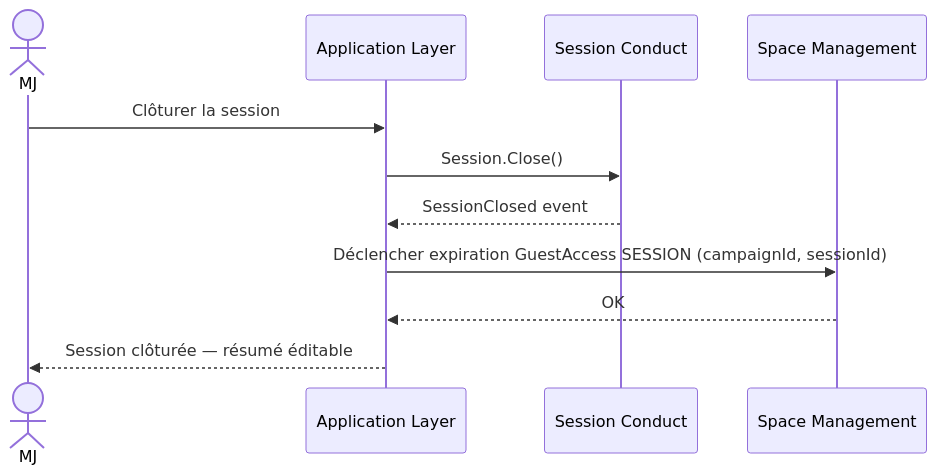
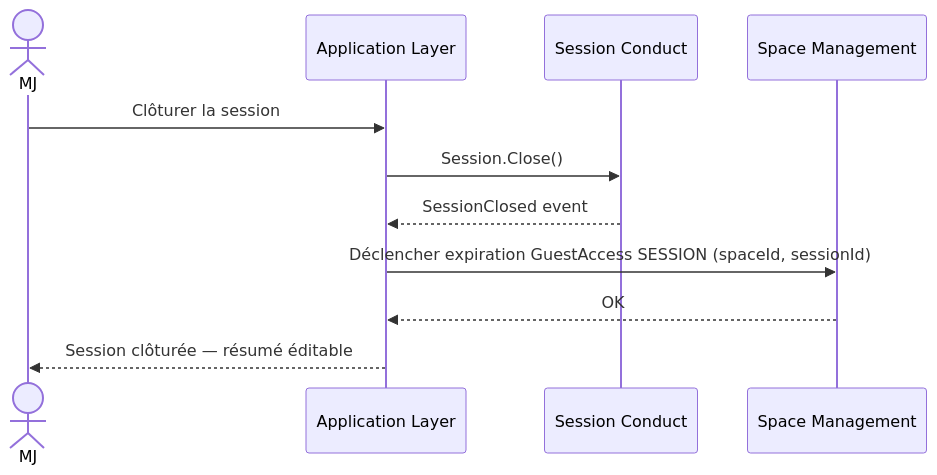
One commit to 2025-10-CDA-ECO-P6/PM-micro-saas changed the eighth of 9 diagrams in docs/conception/domain/diagrams/flows/session-conduct.md. Above: the diagram before and after it, drawn with Mermaid. The commit also changed other lines of this file and 68 other files, not shown here.

First line of the commit message:
docs(corpus): renomme Campaign en Space et ajoute les spécifications techniques

````diff
--- a/docs/conception/domain/diagrams/flows/session-conduct.md
+++ b/docs/conception/domain/diagrams/flows/session-conduct.md
@@ -125,14 +125,14 @@
 ```mermaid
 sequenceDiagram
     actor MJ
     participant App as Application Layer
     participant SC as Session Conduct
-    participant CM as Space Management
+    participant SM as Space Management
 
     MJ->>App: Clôturer la session
     App->>SC: Session.Close()
     SC-->>App: SessionClosed event
-    App->>CM: Déclencher expiration GuestAccess SESSION (campaignId, sessionId)
-    CM-->>App: OK
+    App->>SM: Déclencher expiration GuestAccess SESSION (spaceId, sessionId)
+    SM-->>App: OK
     App-->>MJ: Session clôturée — résumé éditable
 ```
````
